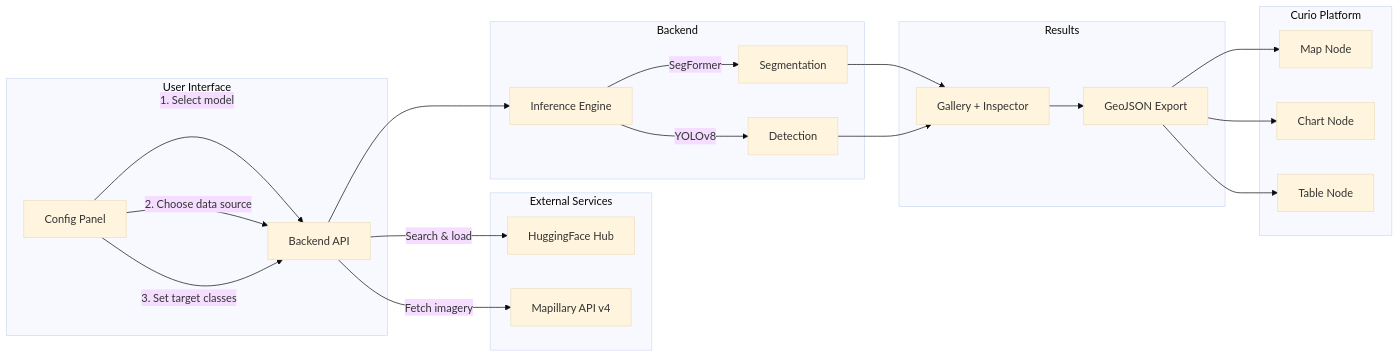
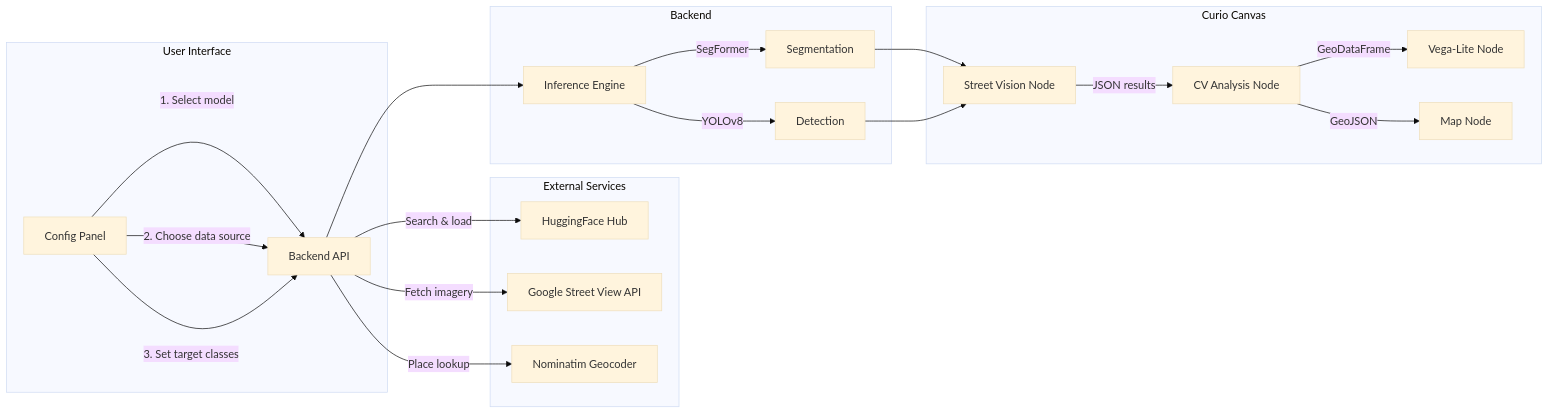
The diagram in README.md (ManeeshJupalle/Street-Level-Vision-Analytics-Node-for-Curio), drawn with Mermaid (base theme) before and after one commit. The commit also changed other lines of this file and 31 other files, not shown here.

````diff
--- a/README.md
+++ b/README.md
@@ -30,33 +30,31 @@
 ```mermaid
 flowchart LR
     subgraph User Interface
         A[Config Panel] -->|1. Select model| B[Backend API]
         A -->|2. Choose data source| B
         A -->|3. Set target classes| B
     end
 
     subgraph External Services
         HF[HuggingFace Hub]
-        MP[Mapillary API v4]
+        GSV[Google Street View API]
+        NOM[Nominatim Geocoder]
     end
 
     subgraph Backend
         B -->|Search & load| HF
-        B -->|Fetch imagery| MP
+        B -->|Place lookup| NOM
+        B -->|Fetch imagery| GSV
         B --> INF[Inference Engine]
         INF -->|SegFormer| SEG[Segmentation]
         INF -->|YOLOv8| DET[Detection]
     end
 
-    subgraph Results
-        SEG --> G[Gallery + Inspector]
-        DET --> G
-        G --> GEO[GeoJSON Export]
-    end
-
-    subgraph Curio Platform
-        GEO --> MAP[Map Node]
-        GEO --> CHART[Chart Node]
-        GEO --> TABLE[Table Node]
+    subgraph Curio Canvas
+        SEG --> SV[Street Vision Node]
+        DET --> SV
+        SV -->|JSON results| CV[CV Analysis Node]
+        CV -->|GeoDataFrame| VEGA[Vega-Lite Node]
+        CV -->|GeoJSON| MAP[Map Node]
     end
 ```
````
